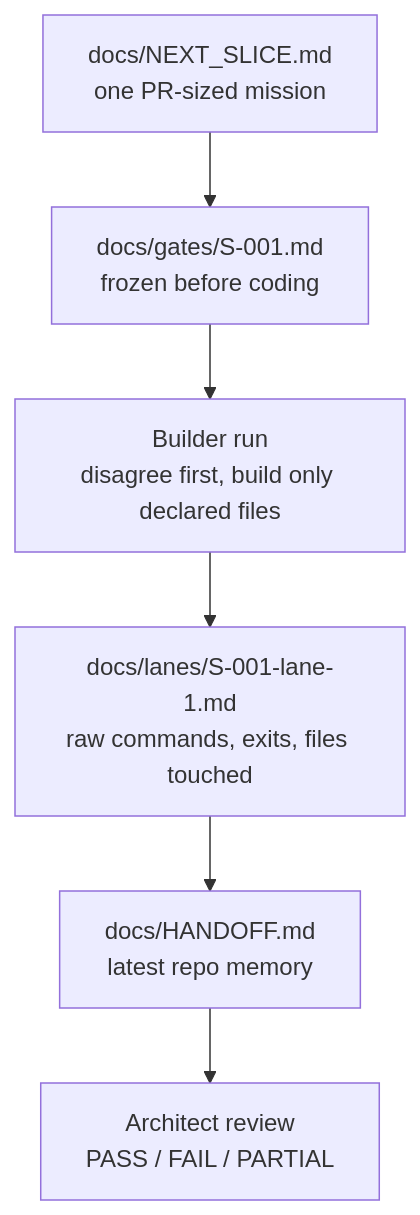
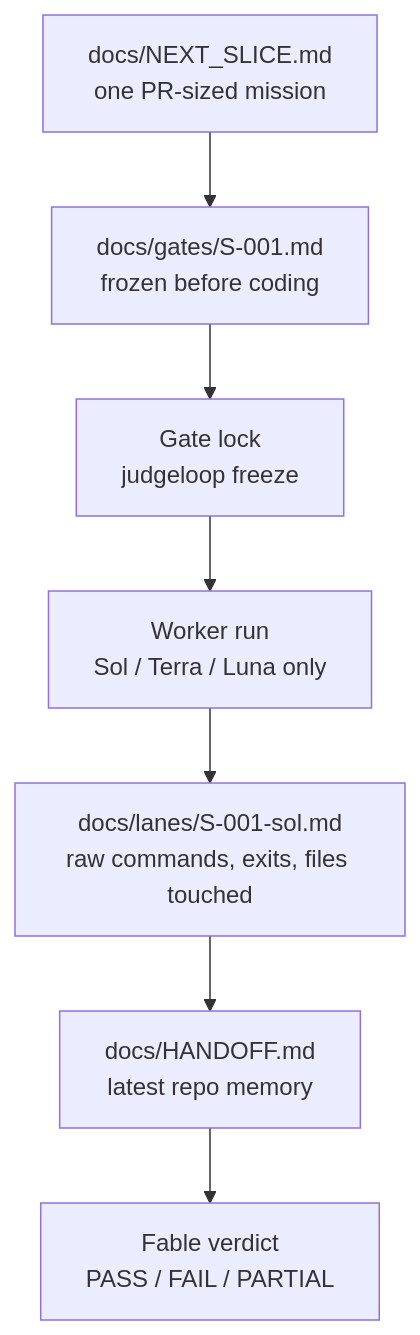
Before and after one commit to jumperz11/fable-codex-loop: the second of 2 diagrams in README.md, drawn with Mermaid. The commit also changed other lines of this file and 57 other files, not shown here.

Commit message:
feat: enforce Fable-only JudgeLoop roles

````diff
--- a/README.md
+++ b/README.md
@@ -157,8 +160,9 @@
 ```mermaid
 flowchart TD
     S["docs/NEXT_SLICE.md<br/>one PR-sized mission"] --> G["docs/gates/S-001.md<br/>frozen before coding"]
-    G --> B["Builder run<br/>disagree first, build only declared files"]
-    B --> L["docs/lanes/S-001-lane-1.md<br/>raw commands, exits, files touched"]
+    G --> K["Gate lock<br/>judgeloop freeze"]
+    K --> B["Worker run<br/>Sol / Terra / Luna only"]
+    B --> L["docs/lanes/S-001-sol.md<br/>raw commands, exits, files touched"]
     L --> H["docs/HANDOFF.md<br/>latest repo memory"]
-    H --> J["Architect review<br/>PASS / FAIL / PARTIAL"]
+    H --> J["Fable verdict<br/>PASS / FAIL / PARTIAL"]
 ```
````
